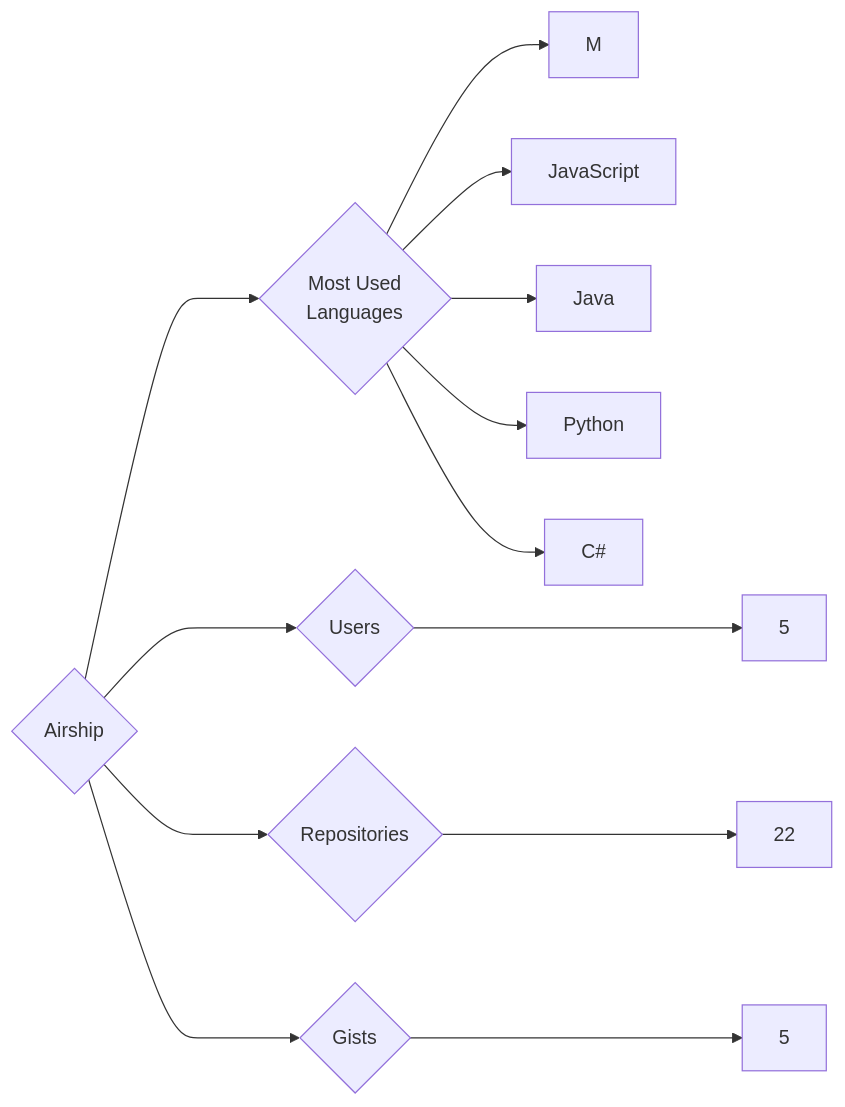
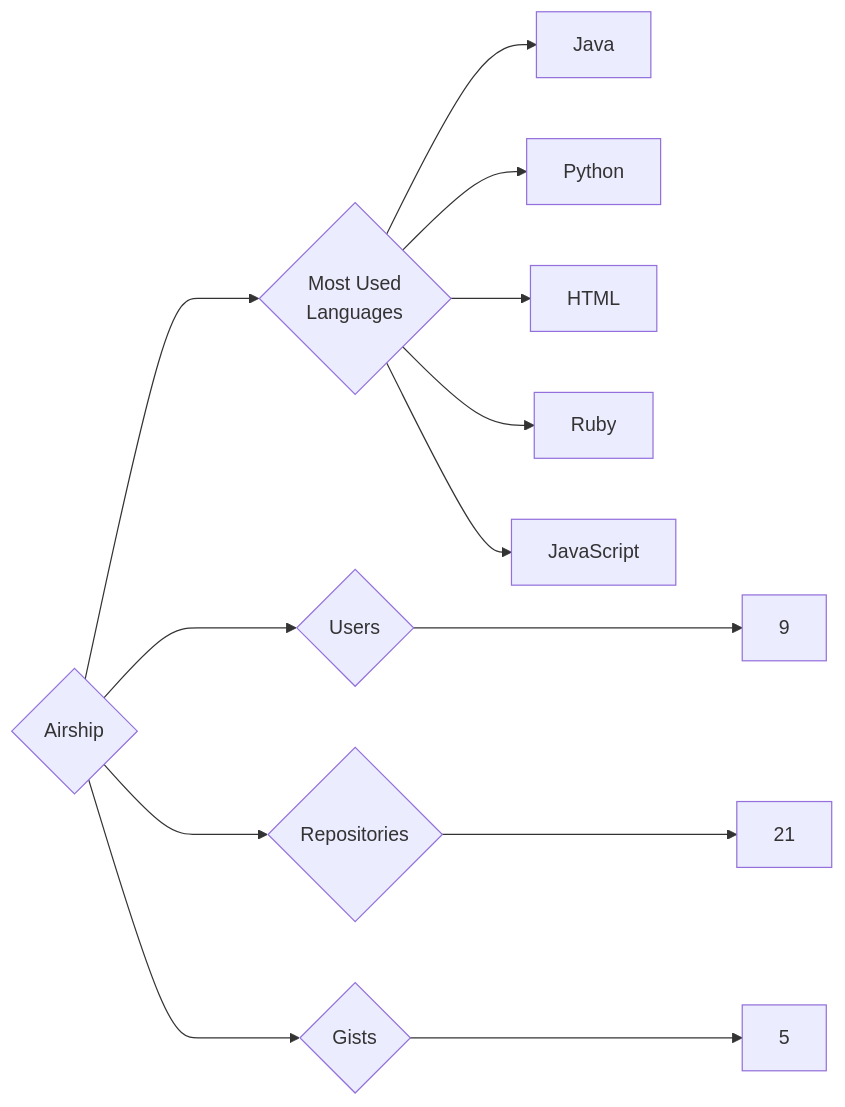
Before and after one commit to trickest/insiders: the diagram in targets/Airship/README.md, drawn with Mermaid. The commit also changed 639 other files, not shown here.

````diff
--- a/targets/Airship/README.md
+++ b/targets/Airship/README.md
@@ -3,13 +3,13 @@
 ```mermaid
 graph LR
 COMPANY_NAME{Airship}
-COMPANY_NAME ---> U{Users} ---> UN[5]
-COMPANY_NAME ---> R{Repositories} ---> RN[22]
+COMPANY_NAME ---> U{Users} ---> UN[9]
+COMPANY_NAME ---> R{Repositories} ---> RN[21]
 COMPANY_NAME ---> G{Gists} ---> GN[5]
 COMPANY_NAME ---> ML{Most Used<br>Languages}
-ML --> M[M]
-ML --> JavaScript[JavaScript]
 ML --> Java[Java]
 ML --> Python[Python]
-ML --> C#[C#]
+ML --> HTML[HTML]
+ML --> Ruby[Ruby]
+ML --> JavaScript[JavaScript]
 ```
````
